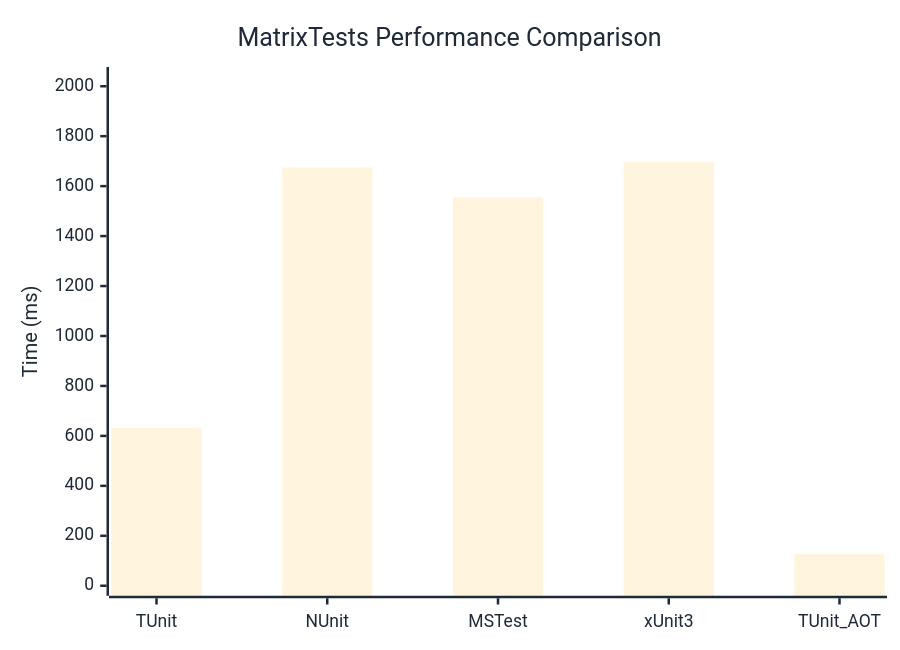
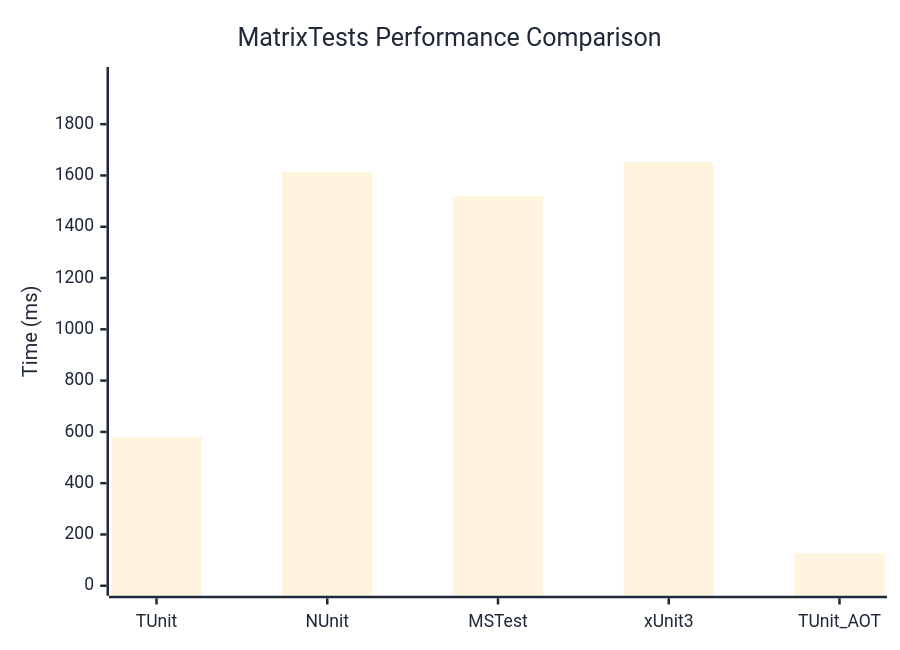
Before and after one commit to thomhurst/TUnit: the diagram in docs/docs/benchmarks/MatrixTests.md, drawn with Mermaid. The commit also changed other lines of this file and 17 other files, not shown here.

````diff
--- a/docs/docs/benchmarks/MatrixTests.md
+++ b/docs/docs/benchmarks/MatrixTests.md
@@ -27,37 +27,37 @@
 ```mermaid
 %%{init: {
   'theme':'base',
   'themeVariables': {
     'primaryColor': '#2563eb',
     'primaryTextColor': '#1f2937',
     'primaryBorderColor': '#1e40af',
     'lineColor': '#6b7280',
     'secondaryColor': '#7c3aed',
     'tertiaryColor': '#dc2626',
     'background': '#ffffff',
     'mainBkg': '#2563eb',
     'secondBkg': '#7c3aed',
     'tertiaryBkg': '#dc2626',
     'clusterBkg': '#f3f4f6',
     'edgeLabelBackground': '#ffffff',
     'tertiaryTextColor': '#1f2937',
     'pie1': '#2563eb',
     'pie2': '#7c3aed',
     'pie3': '#dc2626',
     'pie4': '#f59e0b',
     'pie5': '#10b981',
     'pie6': '#06b6d4',
     'pie7': '#ec4899',
     'pie8': '#6366f1',
     'pie9': '#84cc16',
     'pie10': '#f97316',
     'pie11': '#14b8a6',
     'pie12': '#a855f7'
   }
 }}%%
 xychart-beta
   title "MatrixTests Performance Comparison"
   x-axis ["TUnit", "NUnit", "MSTest", "xUnit3", "TUnit_AOT"]
-  y-axis "Time (ms)" 0 --> 2037
-  bar [631.5, 1674.5, 1555.3, 1697.4, 127.7]
+  y-axis "Time (ms)" 0 --> 1984
+  bar [579.8, 1613, 1519.5, 1652.6, 125.8]
 ```
````
